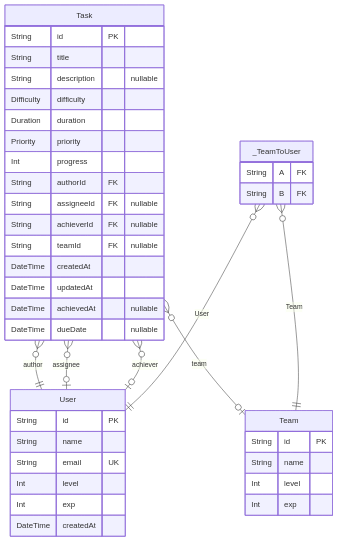
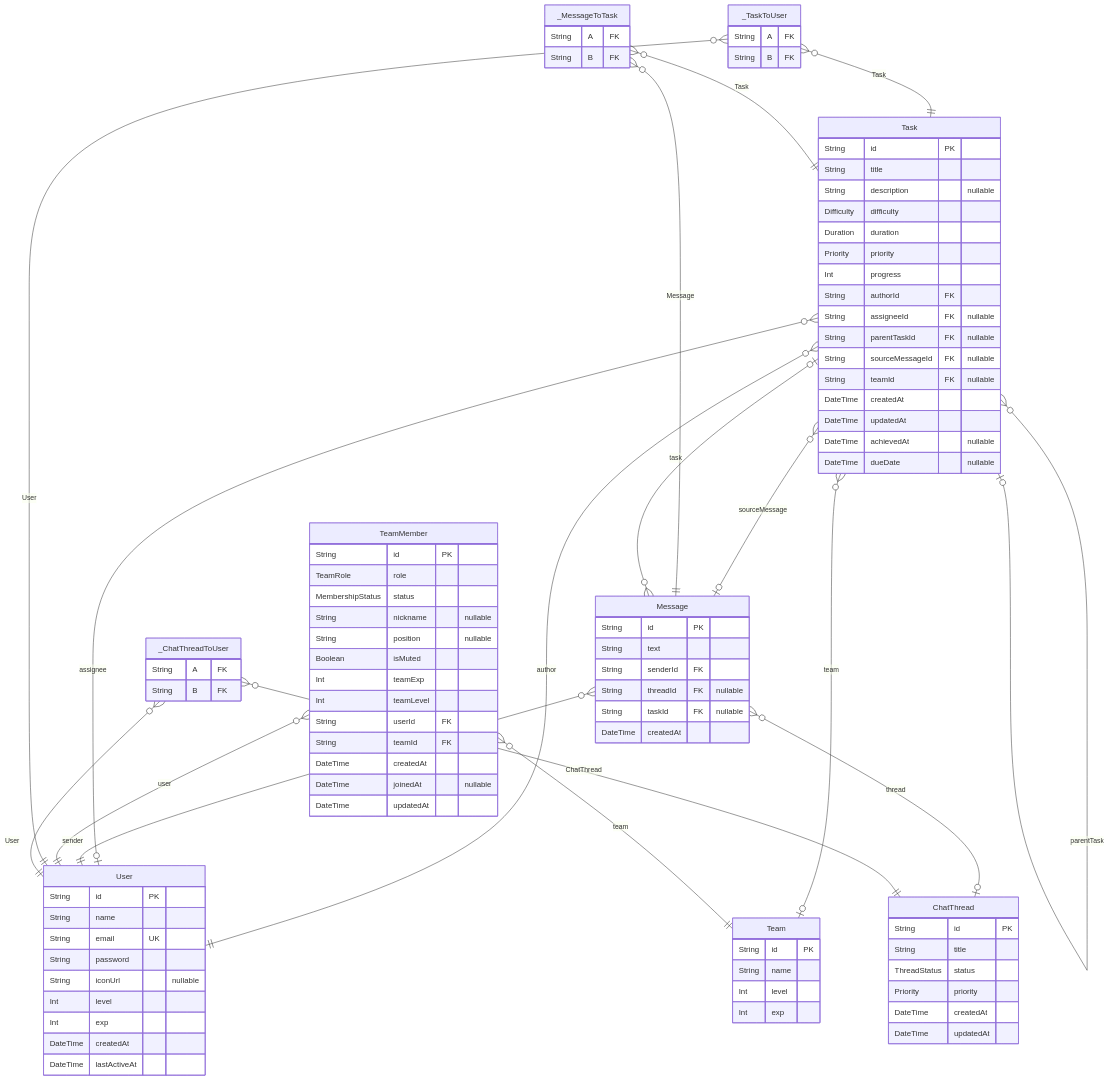
The diagram in docs/ERD.md (superhorin/TaskEnce), drawn with Mermaid before and after one commit. The commit also changed other lines of this file and 15 other files, not shown here.

````diff
--- a/docs/ERD.md
+++ b/docs/ERD.md
@@ -12,9 +12,14 @@
   String id PK
   String name
   String email UK
+
+  String password
+  String iconUrl "nullable"
+
   Int level
   Int exp
   DateTime createdAt
+  DateTime lastActiveAt
 }
 "Team" {
   String id PK
@@ -32,21 +37,73 @@
   Int progress
   String authorId FK
   String assigneeId FK "nullable"
-  String achieverId FK "nullable"
+
+  String parentTaskId FK "nullable"
+  String sourceMessageId FK "nullable"
   String teamId FK "nullable"
   DateTime createdAt
   DateTime updatedAt
   DateTime achievedAt "nullable"
+
   DateTime dueDate "nullable"
 }
-"_TeamToUser" {
+"ChatThread" {
+  String id PK
+  String title
+  ThreadStatus status
+  Priority priority
+  DateTime createdAt
+  DateTime updatedAt
+}
+"Message" {
+  String id PK
+  String text
+  String senderId FK
+  String threadId FK "nullable"
+  String taskId FK "nullable"
+  DateTime createdAt
+}
+"TeamMember" {
+  String id PK
+  TeamRole role
+  MembershipStatus status
+  String nickname "nullable"
+  String position "nullable"
+  Boolean isMuted
+  Int teamExp
+  Int teamLevel
+  String userId FK
+  String teamId FK
+  DateTime createdAt
+  DateTime joinedAt "nullable"
+  DateTime updatedAt
+}
+"_TaskToUser" {
+  String A FK
+  String B FK
+}
+"_ChatThreadToUser" {
+  String A FK
+  String B FK
+}
+"_MessageToTask" {
   String A FK
   String B FK
 }
 "Task" }o--|| "User" : author
 "Task" }o--o| "User" : assignee
-"Task" }o--o| "User" : achiever
+"Task" }o--o| "Task" : parentTask
+"Task" }o--o| "Message" : sourceMessage
 "Task" }o--o| "Team" : team
-"_TeamToUser" }o--|| "Team" : Team
-"_TeamToUser" }o--|| "User" : User
+"Message" }o--|| "User" : sender
+"Message" }o--o| "ChatThread" : thread
+"Message" }o--o| "Task" : task
+"TeamMember" }o--|| "User" : user
+"TeamMember" }o--|| "Team" : team
+"_TaskToUser" }o--|| "Task" : Task
+"_TaskToUser" }o--|| "User" : User
+"_ChatThreadToUser" }o--|| "ChatThread" : ChatThread
+"_ChatThreadToUser" }o--|| "User" : User
+"_MessageToTask" }o--|| "Message" : Message
+"_MessageToTask" }o--|| "Task" : Task
 ```
````
